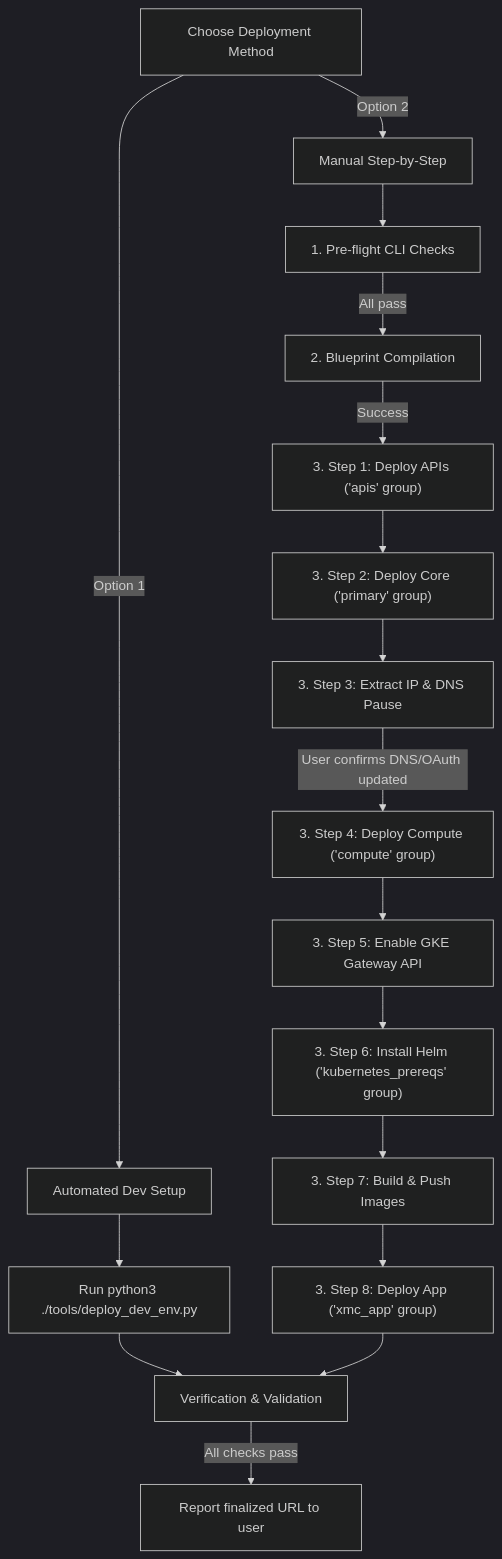
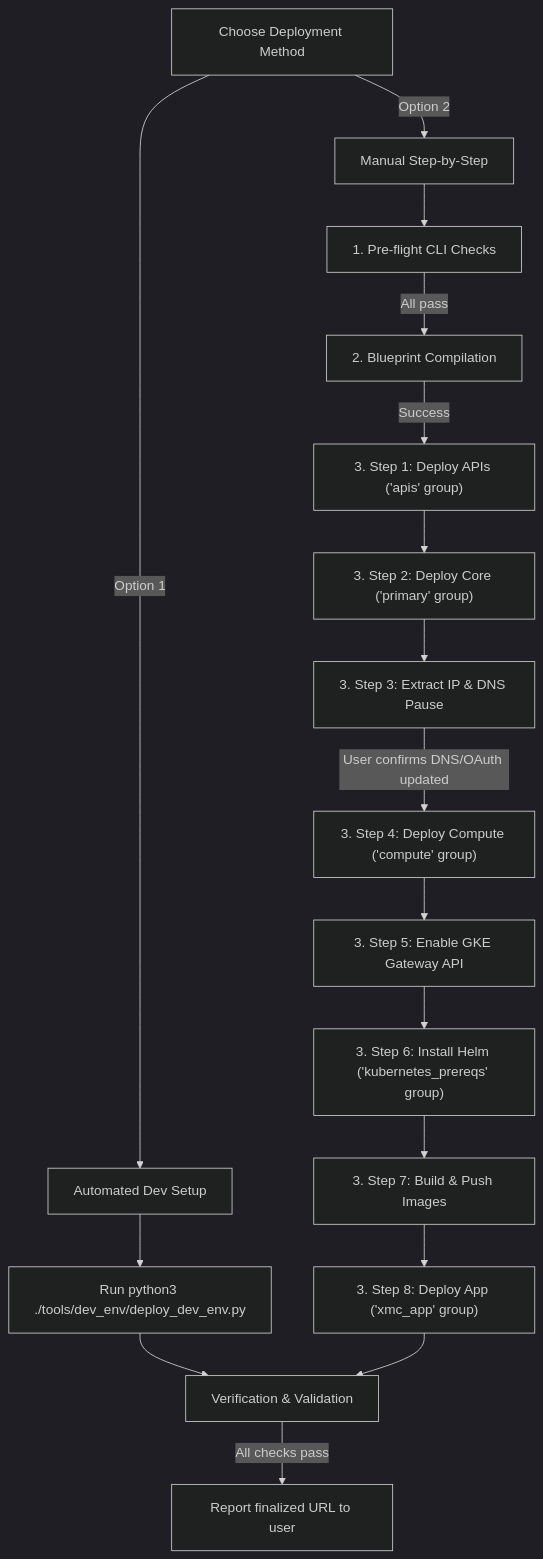
The diagram in .agents/skills/xmc_deploy/SKILL.md (google/xmc), drawn with Mermaid (dark theme) before and after one commit. The commit also changed other lines of this file and 99 other files, not shown here.

````diff
--- a/.agents/skills/xmc_deploy/SKILL.md
+++ b/.agents/skills/xmc_deploy/SKILL.md
@@ -21,22 +21,22 @@
 ```mermaid
 graph TD
     Start[Choose Deployment Method] -->|Option 1| Auto[Automated Dev Setup]
     Start -->|Option 2| Manual[Manual Step-by-Step]
     
-    Auto --> AutoRun["Run python3 ./tools/deploy_dev_env.py"]
+    Auto --> AutoRun["Run python3 ./tools/dev_env/deploy_dev_env.py"]
     AutoRun --> Verify[Verification & Validation]
     
     Manual --> A["1. Pre-flight CLI Checks"]
     A -->|All pass| B["2. Blueprint Compilation"]
     B -->|Success| C["3. Step 1: Deploy APIs ('apis' group)"]
     C --> D["3. Step 2: Deploy Core ('primary' group)"]
     D --> E["3. Step 3: Extract IP & DNS Pause"]
     E -->|User confirms DNS/OAuth updated| F["3. Step 4: Deploy Compute ('compute' group)"]
     F --> G["3. Step 5: Enable GKE Gateway API"]
     G --> H["3. Step 6: Install Helm ('kubernetes_prereqs' group)"]
     H --> I["3. Step 7: Build & Push Images"]
     I --> J["3. Step 8: Deploy App ('xmc_app' group)"]
     J --> Verify
     
     Verify -->|All checks pass| L["Report finalized URL to user"]
 ```
````
